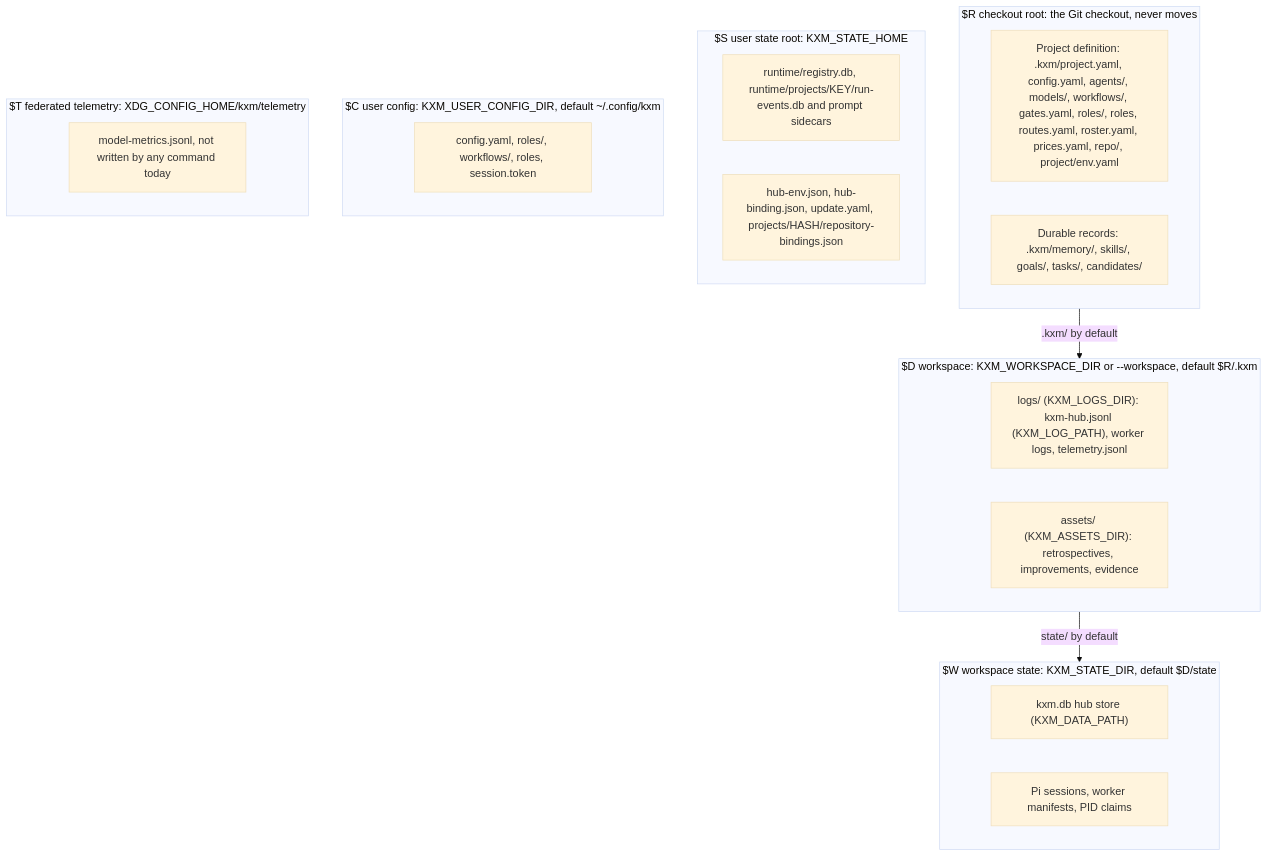
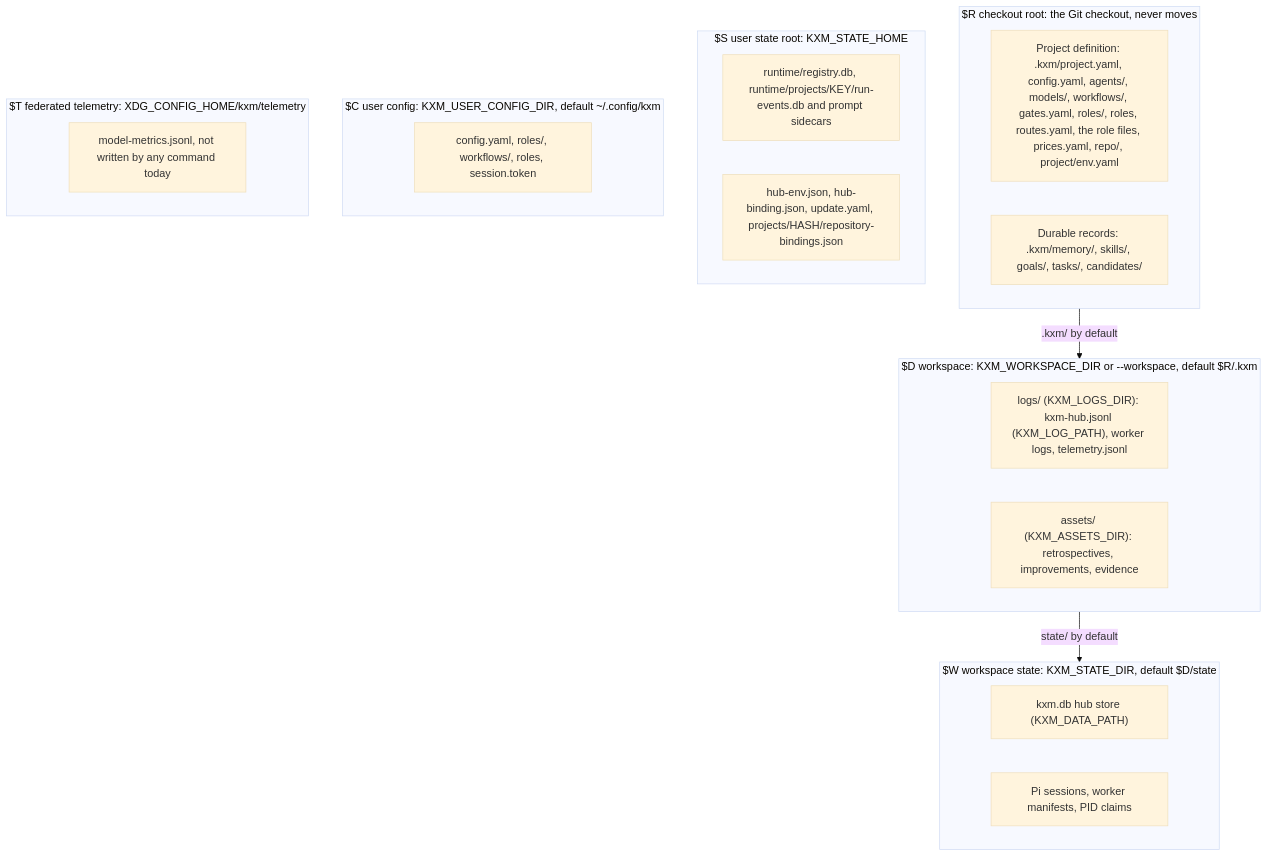
The diagram in docs/operations/backup-and-restore.md (kontextmind/kxm), drawn with Mermaid (base theme) before and after one commit. The commit also changed other lines of this file and 60 other files, not shown here.

First line of the commit message:
feat(roles): dispatch from role and model files

````diff
--- a/docs/operations/backup-and-restore.md
+++ b/docs/operations/backup-and-restore.md
@@ -15,27 +15,27 @@
 ```mermaid
 flowchart TB
   subgraph R["$R checkout root: the Git checkout, never moves"]
-    R1["Project definition: .kxm/project.yaml, config.yaml, agents/, models/, workflows/, gates.yaml, roles/, roles, routes.yaml, roster.yaml, prices.yaml, repo/, project/env.yaml"]
+    R1["Project definition: .kxm/project.yaml, config.yaml, agents/, models/, workflows/, gates.yaml, roles/, roles, routes.yaml, the role files, prices.yaml, repo/, project/env.yaml"]
     R2["Durable records: .kxm/memory/, skills/, goals/, tasks/, candidates/"]
   end
   subgraph D["$D workspace: KXM_WORKSPACE_DIR or --workspace, default $R/.kxm"]
     D1["logs/ (KXM_LOGS_DIR): kxm-hub.jsonl (KXM_LOG_PATH), worker logs, telemetry.jsonl"]
     D2["assets/ (KXM_ASSETS_DIR): retrospectives, improvements, evidence"]
   end
   subgraph W["$W workspace state: KXM_STATE_DIR, default $D/state"]
     W1["kxm.db hub store (KXM_DATA_PATH)"]
     W2["Pi sessions, worker manifests, PID claims"]
   end
   subgraph S["$S user state root: KXM_STATE_HOME"]
     S1["runtime/registry.db, runtime/projects/KEY/run-events.db and prompt sidecars"]
     S2["hub-env.json, hub-binding.json, update.yaml, projects/HASH/repository-bindings.json"]
   end
   subgraph C["$C user config: KXM_USER_CONFIG_DIR, default ~/.config/kxm"]
     C1["config.yaml, roles/, workflows/, roles, session.token"]
   end
   subgraph T["$T federated telemetry: XDG_CONFIG_HOME/kxm/telemetry"]
     T1["model-metrics.jsonl, not written by any command today"]
   end
   R -->|".kxm/ by default"| D
   D -->|"state/ by default"| W
 ```
````
